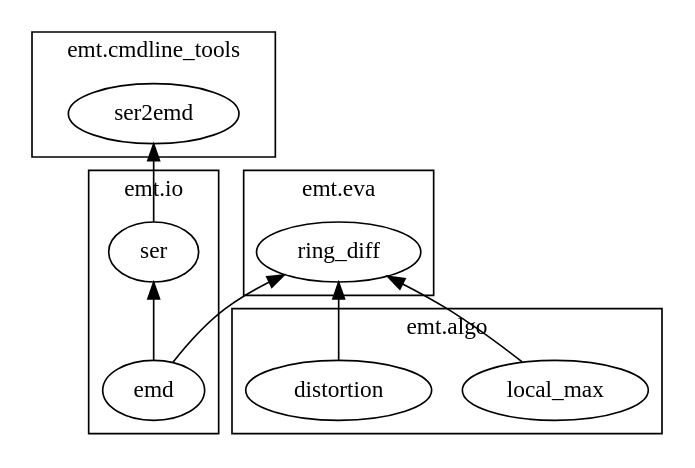
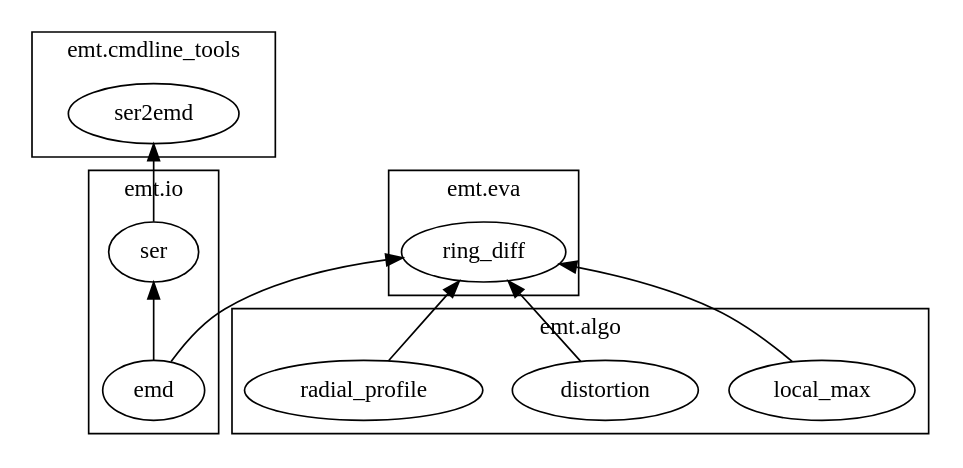
One commit to fniekiel/emt changed the diagram in docs/module_layout.dot. Above: the diagram before and after it, drawn with Graphviz. The commit also changed 2 other files, not shown here.

Commit message:
(radial_profile) setting up radial_profile module

```diff
--- a/docs/module_layout.dot
+++ b/docs/module_layout.dot
@@ -1,45 +1,47 @@
 digraph modules {
     rankdir = BT;
     labelloc = "b";
 
     subgraph "cluster_emt.io"{
     label = "emt.io";
     
     "emt.io.emd" [label="emd"];
     
     "emt.io.ser" [label="ser"];
 
     
     }
     
     subgraph "cluster_emt.algo"{
     label = "emt.algo";
     
     "emt.algo.local_max" [label="local_max"];
     "emt.algo.distortion" [label="distortion"];
+    "emt.algo.radial_profile" [label="radial_profile"];
     
     }
     
     subgraph "cluster_emt.eva"{
     label = "emt.eva";
     
     "emt.eva.ring_diff" [label="ring_diff"];
 
     
     }
     
     subgraph "cluster_emt.cmdline_tools" {
     label = "emt.cmdline_tools";
     
     "emt.cmdline_tools.ser2emd" [label="ser2emd"];
 
     }
     
     "emt.io.emd" -> "emt.io.ser";
     
     "emt.algo.local_max" -> "emt.eva.ring_diff";
     "emt.algo.distortion" -> "emt.eva.ring_diff";
+    "emt.algo.radial_profile" -> "emt.eva.ring_diff";
     "emt.io.emd" -> "emt.eva.ring_diff";
     
     "emt.io.ser" -> "emt.cmdline_tools.ser2emd";
 }
```
